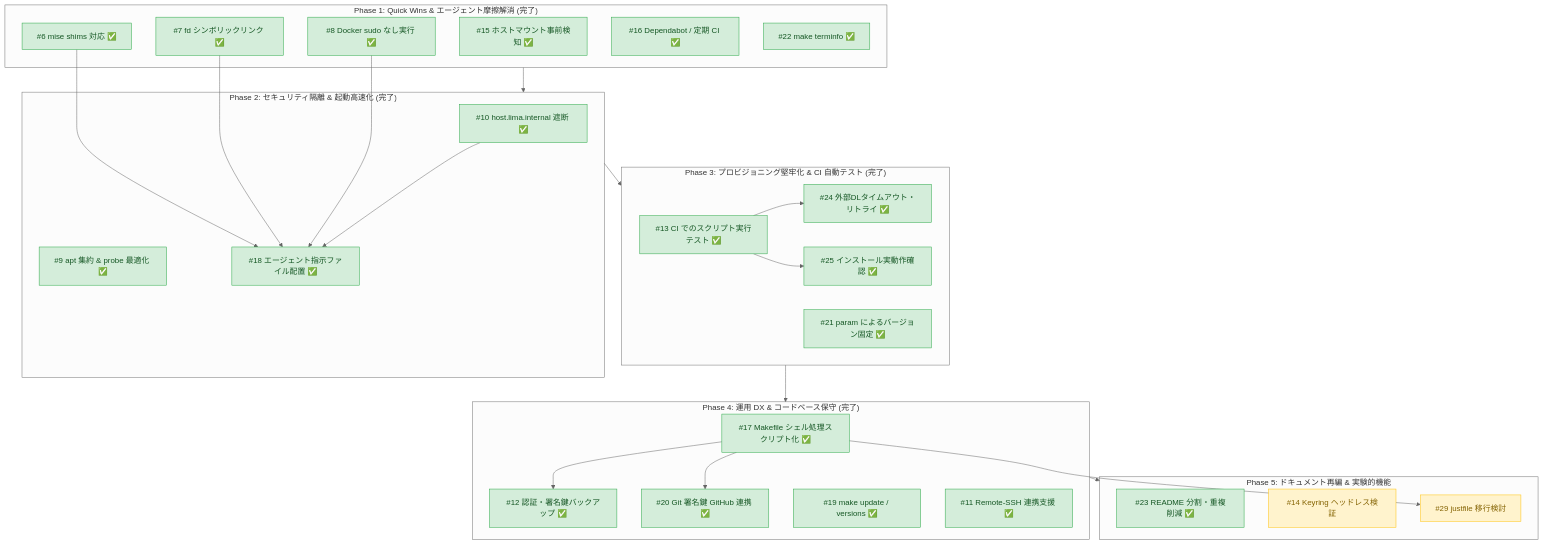
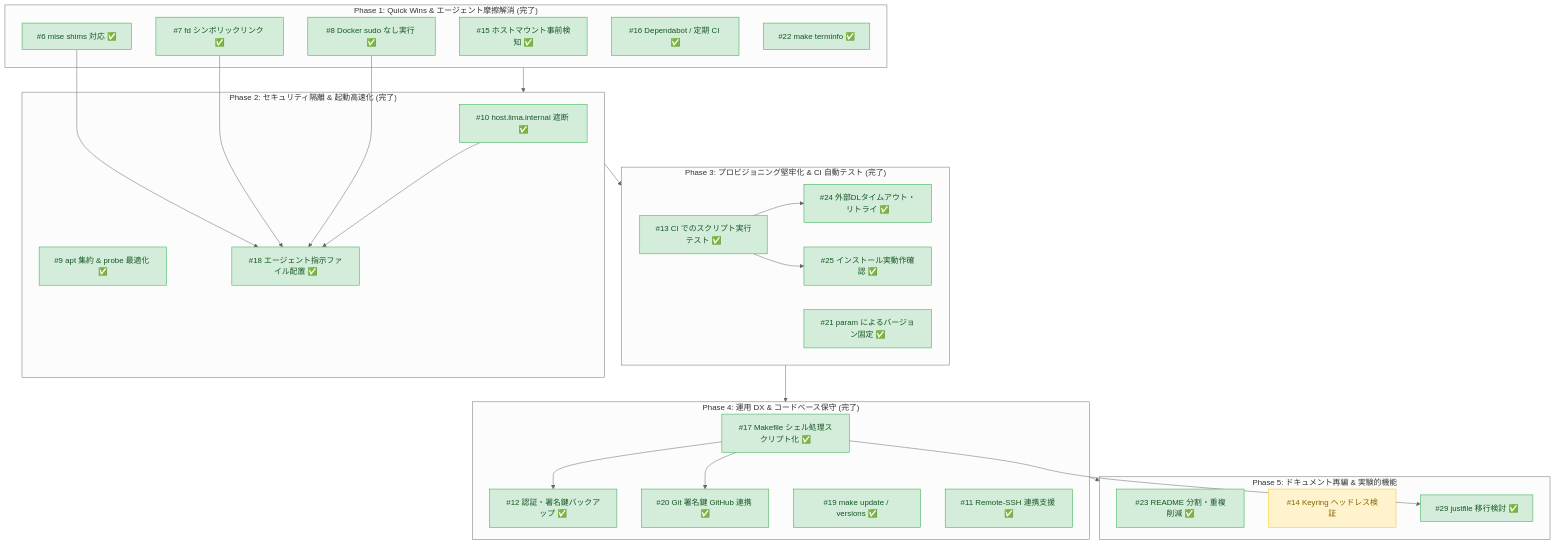
The diagram in docs/issue-prioritization.md (ikuy1203/lima-coding-sandbox), drawn with Mermaid (neutral theme) before and after one commit. The commit also changed other lines of this file, not shown here.

First line of the commit message:
docs: record Issue #29 evaluation in issue prioritization roadmap (#29)

````diff
--- a/docs/issue-prioritization.md
+++ b/docs/issue-prioritization.md
@@ -96,57 +96,57 @@
 ```mermaid
 flowchart TD
     subgraph Phase1["Phase 1: Quick Wins & エージェント摩擦解消 (完了)"]
         I15["#15 ホストマウント事前検知 ✅"]
         I7["#7 fd シンボリックリンク ✅"]
         I8["#8 Docker sudo なし実行 ✅"]
         I6["#6 mise shims 対応 ✅"]
         I16["#16 Dependabot / 定期 CI ✅"]
         I22["#22 make terminfo ✅"]
     end
 
     subgraph Phase2["Phase 2: セキュリティ隔離 & 起動高速化 (完了)"]
         I10["#10 host.lima.internal 遮断 ✅"]
         I9["#9 apt 集約 & probe 最適化 ✅"]
         I18["#18 エージェント指示ファイル配置 ✅"]
     end
 
     subgraph Phase3["Phase 3: プロビジョニング堅牢化 & CI 自動テスト (完了)"]
         I13["#13 CI でのスクリプト実行テスト ✅"]
         I24["#24 外部DLタイムアウト・リトライ ✅"]
         I25["#25 インストール実動作確認 ✅"]
         I21["#21 param によるバージョン固定 ✅"]
     end
 
     subgraph Phase4["Phase 4: 運用 DX & コードベース保守 (完了)"]
         I17["#17 Makefile シェル処理スクリプト化 ✅"]
         I12["#12 認証・署名鍵バックアップ ✅"]
         I20["#20 Git 署名鍵 GitHub 連携 ✅"]
         I19["#19 make update / versions ✅"]
         I11["#11 Remote-SSH 連携支援 ✅"]
     end
 
     subgraph Phase5["Phase 5: ドキュメント再編 & 実験的機能"]
         I23["#23 README 分割・重複削減 ✅"]
         I14["#14 Keyring ヘッドレス検証"]
-        I29["#29 justfile 移行検討"]
+        I29["#29 justfile 移行検討 ✅"]
     end
 
     Phase1 --> Phase2
     Phase2 --> Phase3
     Phase3 --> Phase4
     Phase4 --> Phase5
     I6 --> I18
     I7 --> I18
     I8 --> I18
     I10 --> I18
     I13 --> I24
     I13 --> I25
     I17 --> I12
     I17 --> I20
     I17 --> I29
 
     classDef done fill:#d4edda,stroke:#28a745,color:#155724
     classDef next fill:#fff3cd,stroke:#ffc107,color:#856404
-    class I15,I7,I8,I6,I16,I22,I10,I9,I18,I13,I24,I25,I21,I17,I12,I20,I19,I11,I23 done
-    class I14,I29 next
+    class I15,I7,I8,I6,I16,I22,I10,I9,I18,I13,I24,I25,I21,I17,I12,I20,I19,I11,I23,I29 done
+    class I14 next
 ```
````
